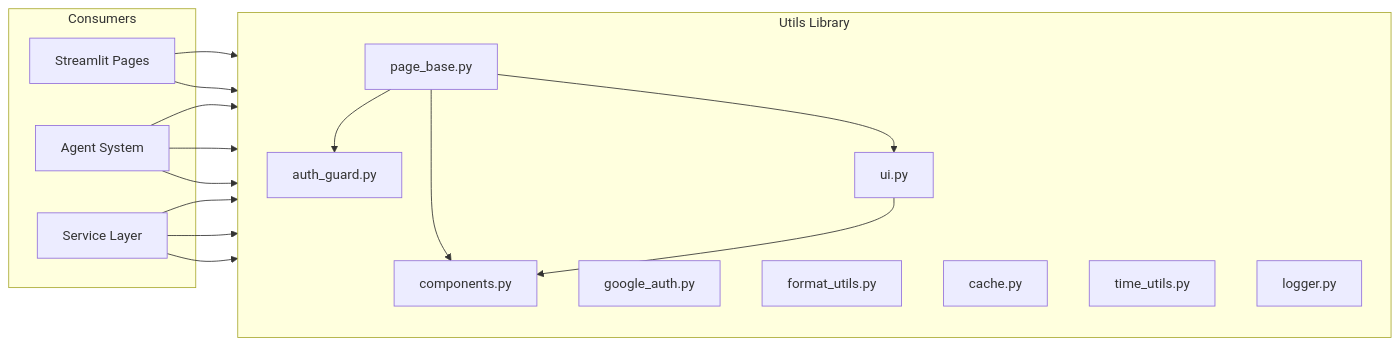
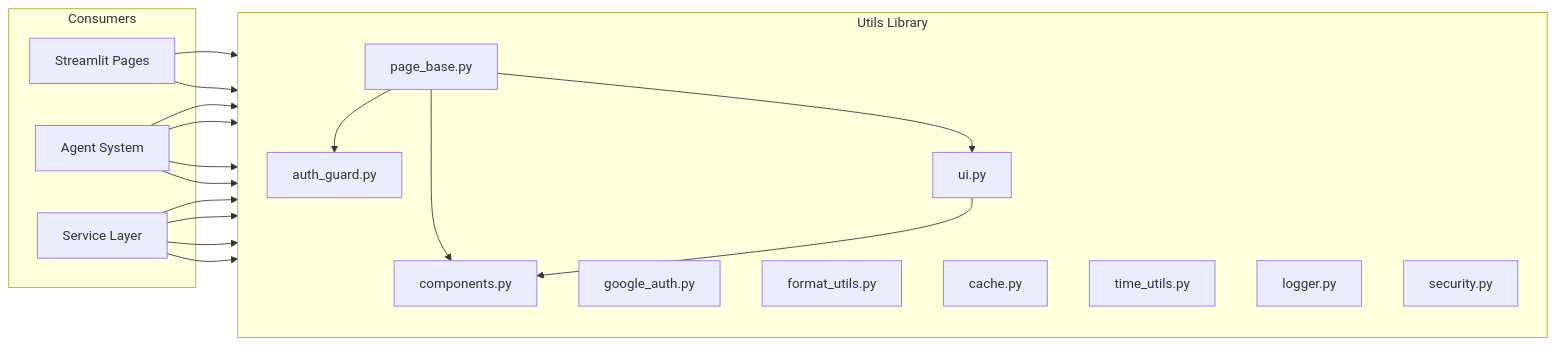
Before and after one commit to neohsiung/AI-Investment-Advisor: the first of 5 diagrams in wiki/03_開發者指南-Developer_Guide/工具函式庫指南-Utils-Library-Guide.md, drawn with Mermaid. The commit also changed other lines of this file and 3 other files, not shown here.

````diff
--- a/wiki/03_開發者指南-Developer_Guide/工具函式庫指南-Utils-Library-Guide.md
+++ b/wiki/03_開發者指南-Developer_Guide/工具函式庫指南-Utils-Library-Guide.md
@@ -30,34 +32,37 @@
 ```mermaid
 graph LR
     subgraph Utils Library
         direction TB
         AUTH[auth_guard.py]
         GAUTH[google_auth.py]
         UI[ui.py]
         COMP[components.py]
         PB[page_base.py]
         FMT[format_utils.py]
         CACHE[cache.py]
         TIME[time_utils.py]
         LOG[logger.py]
+        SEC[security.py]
     end
 
     subgraph Consumers
         PAGES[Streamlit Pages]
         AGENTS[Agent System]
         SERVICES[Service Layer]
     end
 
     PAGES --> AUTH
     PAGES --> PB
     PB --> AUTH
     PB --> UI
     PB --> COMP
     UI --> COMP
     AGENTS --> LOG
     AGENTS --> CACHE
     AGENTS --> FMT
     SERVICES --> LOG
     SERVICES --> TIME
     SERVICES --> CACHE
+    AGENTS --> SEC
+    SERVICES --> SEC
 ```
````
